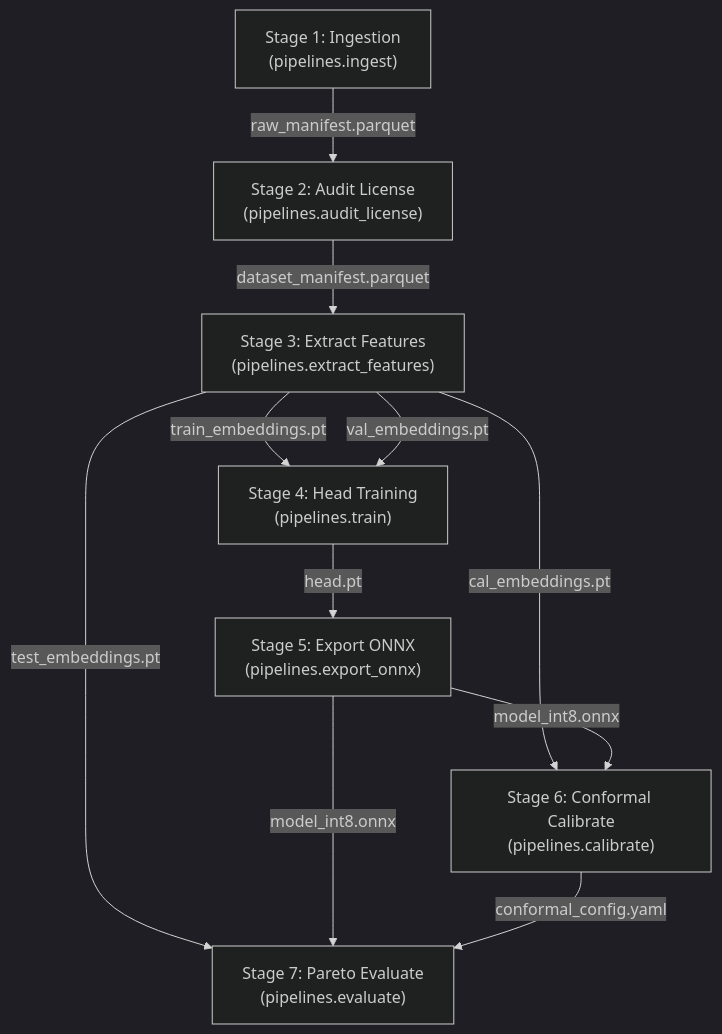
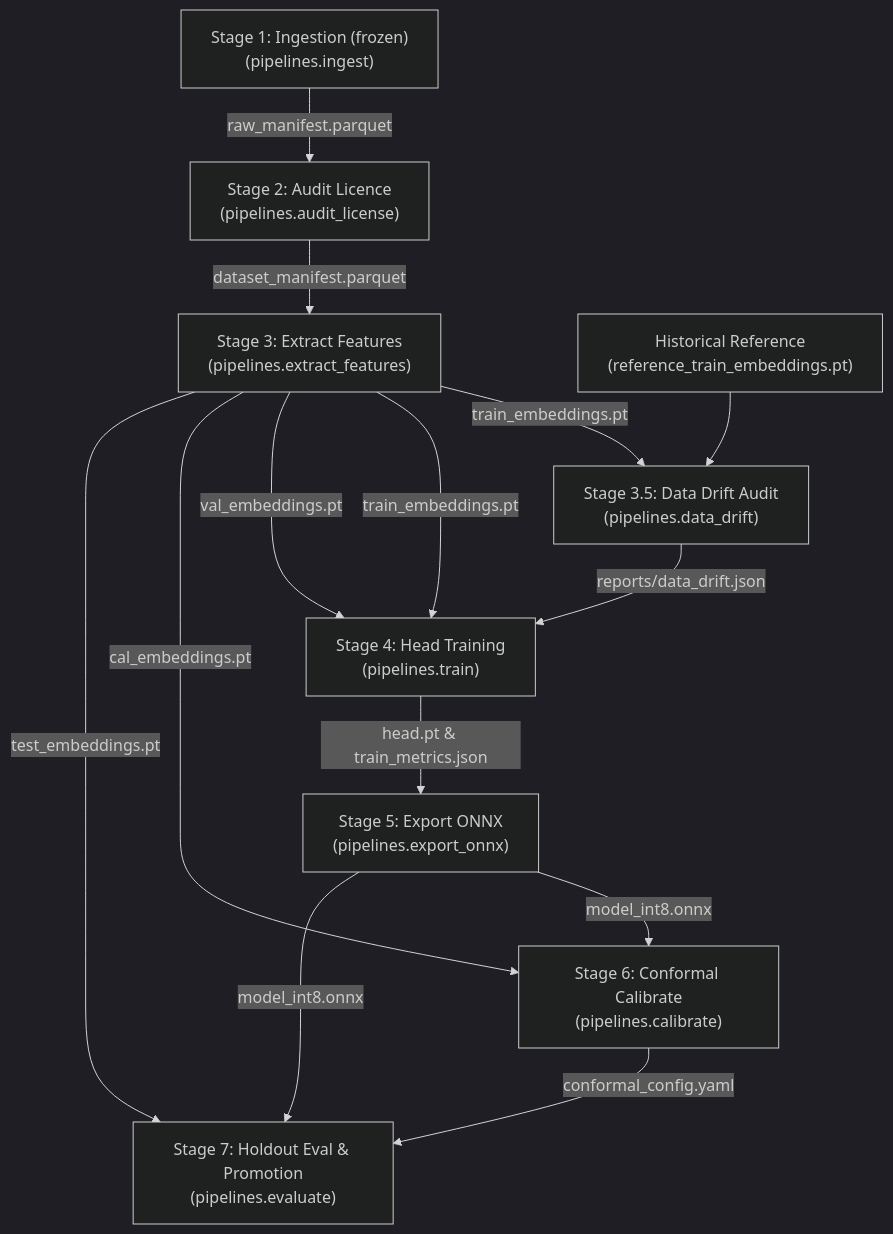
Before and after one commit to foersben/taxon-vision-mlops: the diagram in docs/mlops_pipeline/dvc_dag_explorer.md, drawn with Mermaid (dark theme). The commit also changed other lines of this file and 26 other files, not shown here.

````diff
--- a/docs/mlops_pipeline/dvc_dag_explorer.md
+++ b/docs/mlops_pipeline/dvc_dag_explorer.md
@@ -17,15 +28,19 @@
 ```mermaid
 flowchart TD
-    S1["Stage 1: Ingestion<br/>(pipelines.ingest)"] -->|raw_manifest.parquet| S2["Stage 2: Audit License<br/>(pipelines.audit_license)"]
+    S1["Stage 1: Ingestion (frozen)<br/>(pipelines.ingest)"] -->|raw_manifest.parquet| S2["Stage 2: Audit Licence<br/>(pipelines.audit_license)"]
     S2 -->|dataset_manifest.parquet| S3["Stage 3: Extract Features<br/>(pipelines.extract_features)"]
 
-    S3 -->|train_embeddings.pt| S4["Stage 4: Head Training<br/>(pipelines.train)"]
+    REF["Historical Reference<br/>(reference_train_embeddings.pt)"] --> S35["Stage 3.5: Data Drift Audit<br/>(pipelines.data_drift)"]
+    S3 -->|train_embeddings.pt| S35
+    S35 -->|reports/data_drift.json| S4["Stage 4: Head Training<br/>(pipelines.train)"]
+
+    S3 -->|train_embeddings.pt| S4
     S3 -->|val_embeddings.pt| S4
     S3 -->|cal_embeddings.pt| S6["Stage 6: Conformal Calibrate<br/>(pipelines.calibrate)"]
-    S3 -->|test_embeddings.pt| S7["Stage 7: Pareto Evaluate<br/>(pipelines.evaluate)"]
+    S3 -->|test_embeddings.pt| S7["Stage 7: Holdout Eval & Promotion<br/>(pipelines.evaluate)"]
 
-    S4 -->|head.pt| S5["Stage 5: Export ONNX<br/>(pipelines.export_onnx)"]
+    S4 -->|head.pt & train_metrics.json| S5["Stage 5: Export ONNX<br/>(pipelines.export_onnx)"]
     S5 -->|model_int8.onnx| S6
     S5 -->|model_int8.onnx| S7
     S6 -->|conformal_config.yaml| S7
 ```
````
